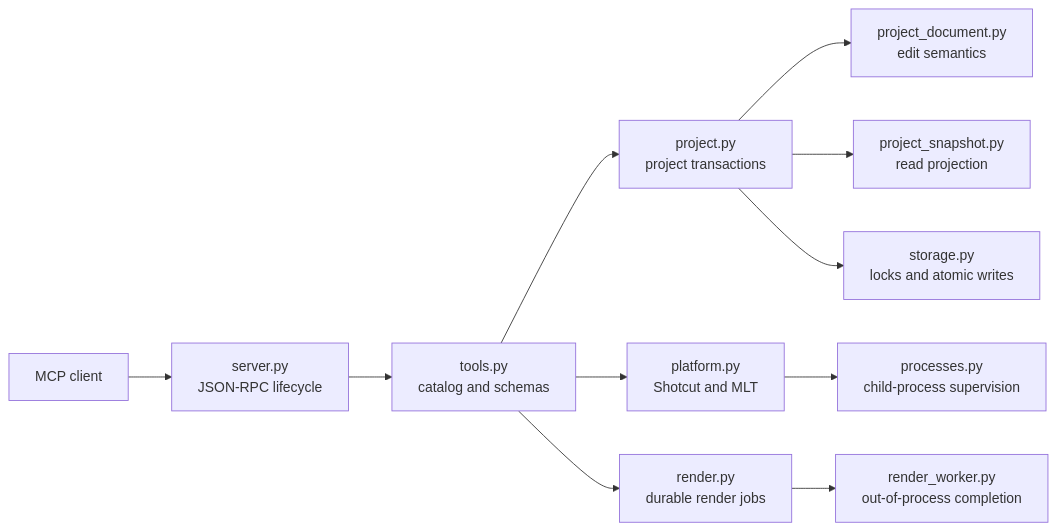
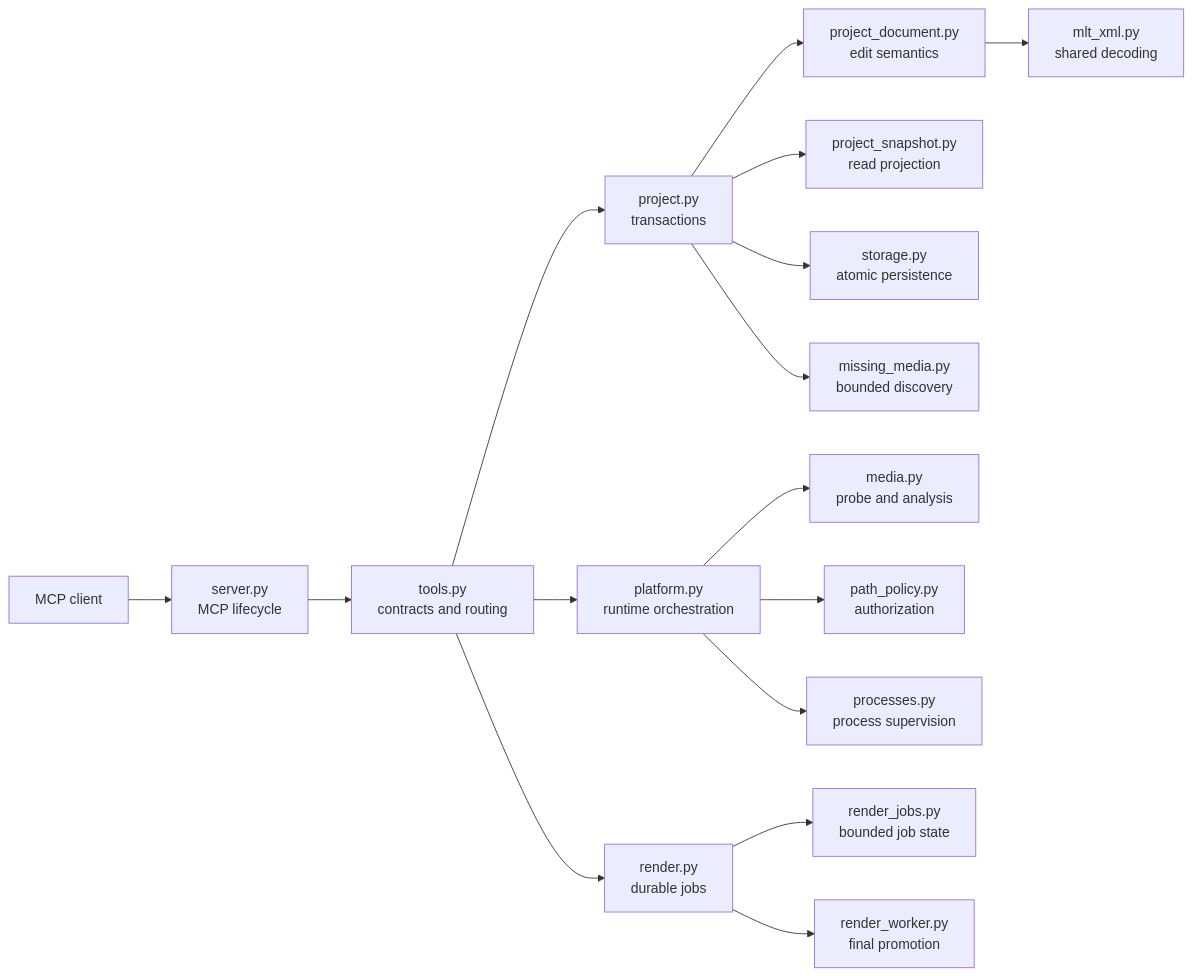
One commit to matrodrigs/shotcut-mcp changed the diagram in docs/architecture.md. Above: the diagram before and after it, drawn with Mermaid. The commit also changed other lines of this file and 7 other files, not shown here.

First line of the commit message:
docs: document semantic editing and runtime safeguards

````diff
--- a/docs/architecture.md
+++ b/docs/architecture.md
@@ -9,13 +10,18 @@
 ```mermaid
 flowchart LR
-    Client["MCP client"] --> Server["server.py<br>JSON-RPC lifecycle"]
-    Server --> Tools["tools.py<br>catalog and schemas"]
-    Tools --> Project["project.py<br>project transactions"]
-    Tools --> Platform["platform.py<br>Shotcut and MLT"]
-    Tools --> Render["render.py<br>durable render jobs"]
+    Client["MCP client"] --> Server["server.py<br>MCP lifecycle"]
+    Server --> Tools["tools.py<br>contracts and routing"]
+    Tools --> Project["project.py<br>transactions"]
+    Tools --> Platform["platform.py<br>runtime orchestration"]
+    Tools --> Render["render.py<br>durable jobs"]
     Project --> Document["project_document.py<br>edit semantics"]
     Project --> Snapshot["project_snapshot.py<br>read projection"]
-    Project --> Storage["storage.py<br>locks and atomic writes"]
-    Platform --> Processes["processes.py<br>child-process supervision"]
-    Render --> Worker["render_worker.py<br>out-of-process completion"]
+    Project --> Storage["storage.py<br>atomic persistence"]
+    Project --> Missing["missing_media.py<br>bounded discovery"]
+    Platform --> Media["media.py<br>probe and analysis"]
+    Platform --> Paths["path_policy.py<br>authorization"]
+    Platform --> Processes["processes.py<br>process supervision"]
+    Render --> Jobs["render_jobs.py<br>bounded job state"]
+    Render --> Worker["render_worker.py<br>final promotion"]
+    Document --> XML["mlt_xml.py<br>shared decoding"]
 ```
````
